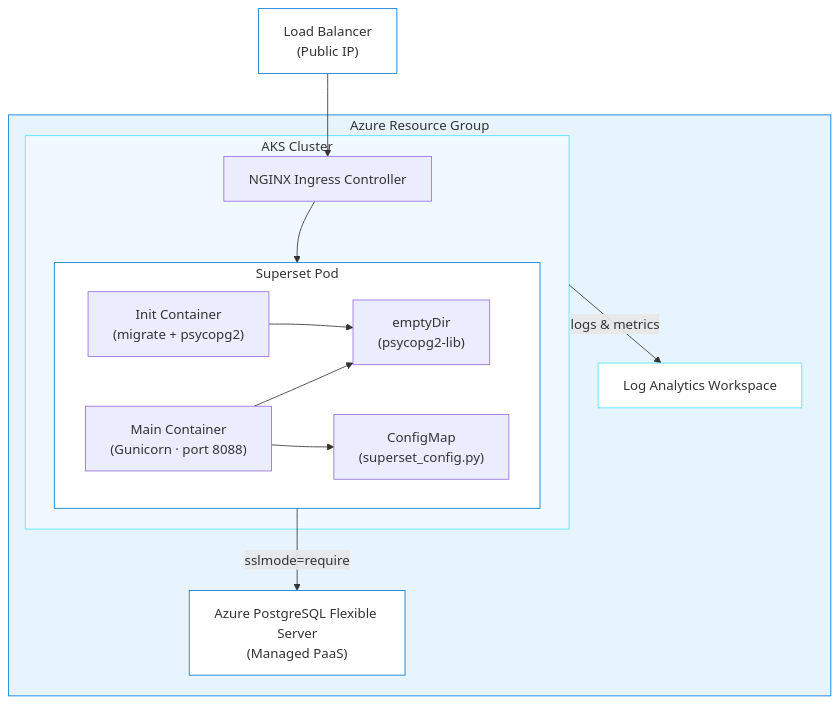
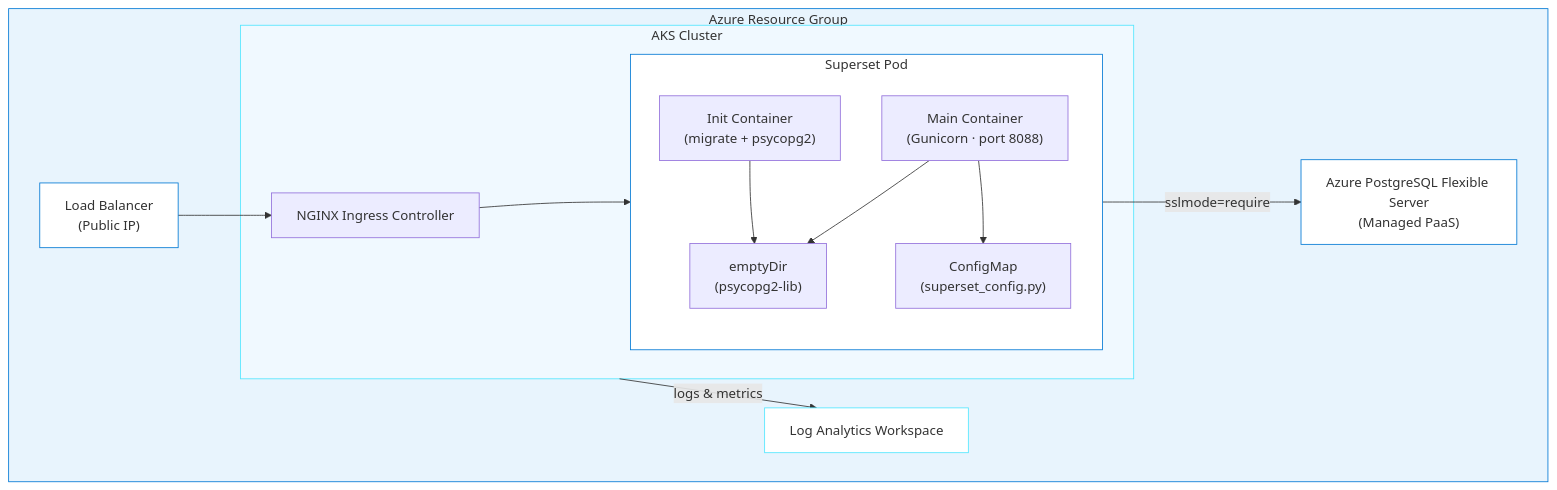
One commit to DanWahlin/github-azure-agentic-journeys changed the diagram in journeys/superset/README.md. Above: the diagram before and after it, drawn with Mermaid. The commit also changed other lines of this file and 21 other files, not shown here.

````diff
--- a/journeys/superset/README.md
+++ b/journeys/superset/README.md
@@ -69,32 +69,31 @@
 ```mermaid
 graph TB
-    LB["Load Balancer<br/>(Public IP)"]
-
     subgraph RG["Azure Resource Group"]
+        LB["Load Balancer<br/>(Public IP)"]
         LA["Log Analytics Workspace"]
         subgraph AKS["AKS Cluster"]
             NGINX["NGINX Ingress Controller"]
             subgraph POD["Superset Pod"]
                 INIT["Init Container<br/>(migrate + psycopg2)"]
                 MAIN["Main Container<br/>(Gunicorn · port 8088)"]
                 CM["ConfigMap<br/>(superset_config.py)"]
                 VOL["emptyDir<br/>(psycopg2-lib)"]
             end
         end
         PG["Azure PostgreSQL Flexible Server<br/>(Managed PaaS)"]
     end
 
     LB --> NGINX --> POD
     INIT --> VOL
     MAIN --> VOL
     MAIN --> CM
     POD -->|sslmode=require| PG
     AKS -->|logs & metrics| LA
 
     style RG fill:#e8f4fd,stroke:#0078D4
     style AKS fill:#f0f9ff,stroke:#50e6ff
     style POD fill:#fff,stroke:#0078D4
     style LB fill:#fff,stroke:#0078D4
     style PG fill:#fff,stroke:#0078D4
     style LA fill:#fff,stroke:#50e6ff
 ```
````
